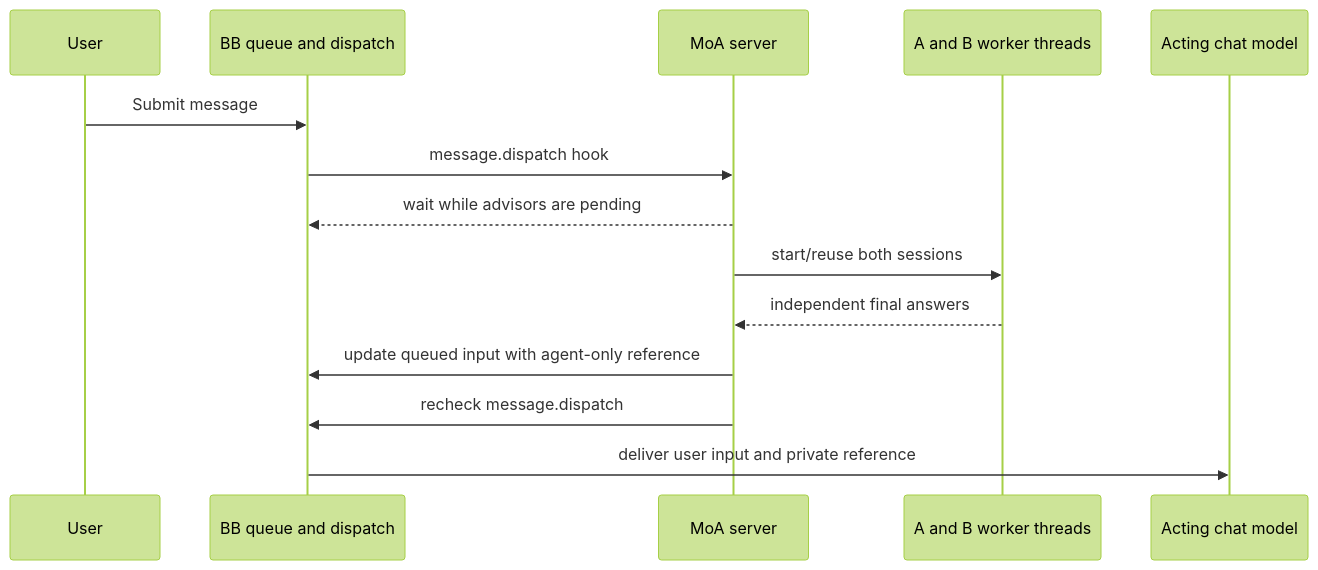
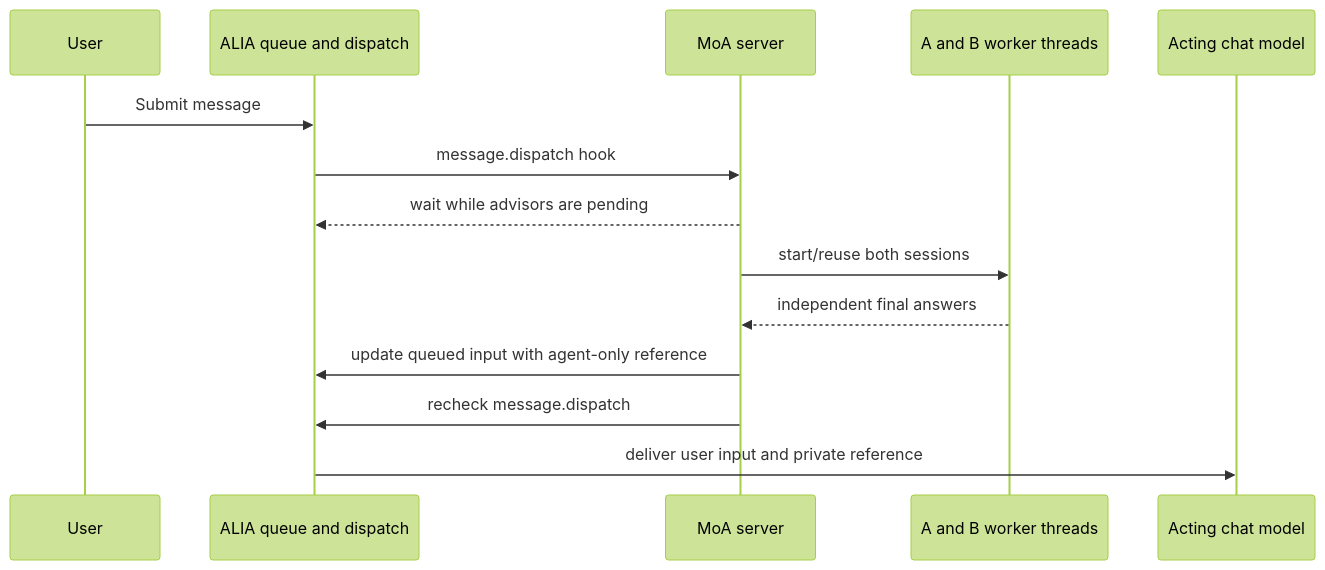
Before and after one commit to Vesnalia/vesnalia-plugins: the third of 4 diagrams in plugins/moa/docs/architecture.md, drawn with Mermaid (forest theme). The commit also changed other lines of this file and 13306 other files, not shown here.

````diff
--- a/plugins/moa/docs/architecture.md
+++ b/plugins/moa/docs/architecture.md
@@ -71,16 +71,16 @@
 ```mermaid
 sequenceDiagram
   participant User
-  participant Host as BB queue and dispatch
+  participant Host as ALIA queue and dispatch
   participant Server as MoA server
   participant Advisors as A and B worker threads
   participant Main as Acting chat model
   User->>Host: Submit message
   Host->>Server: message.dispatch hook
   Server-->>Host: wait while advisors are pending
   Server->>Advisors: start/reuse both sessions
   Advisors-->>Server: independent final answers
   Server->>Host: update queued input with agent-only reference
   Server->>Host: recheck message.dispatch
   Host->>Main: deliver user input and private reference
 ```
````
